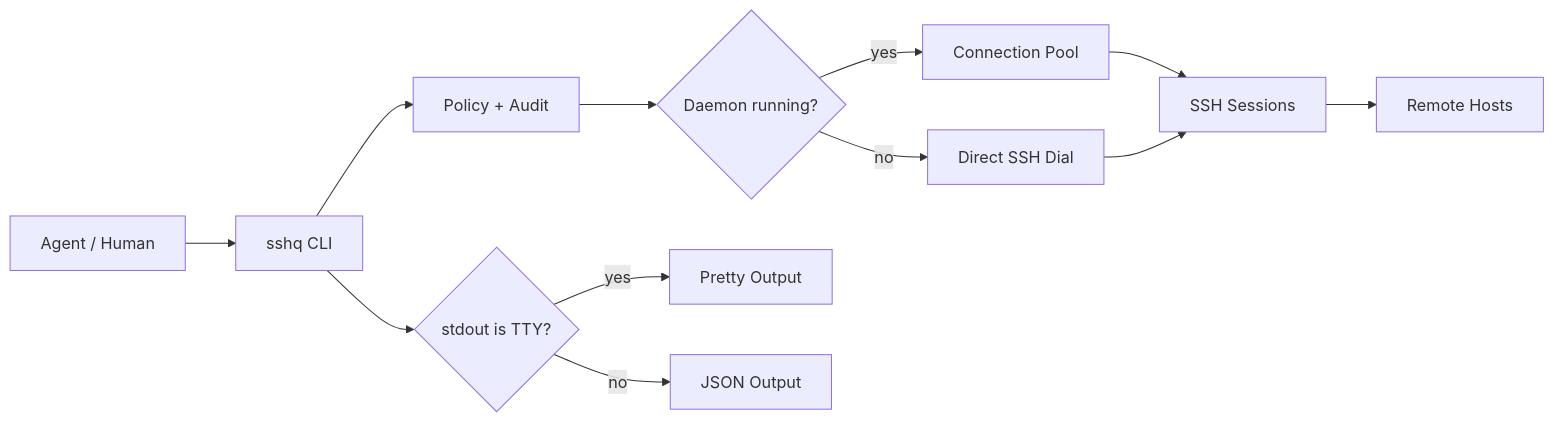
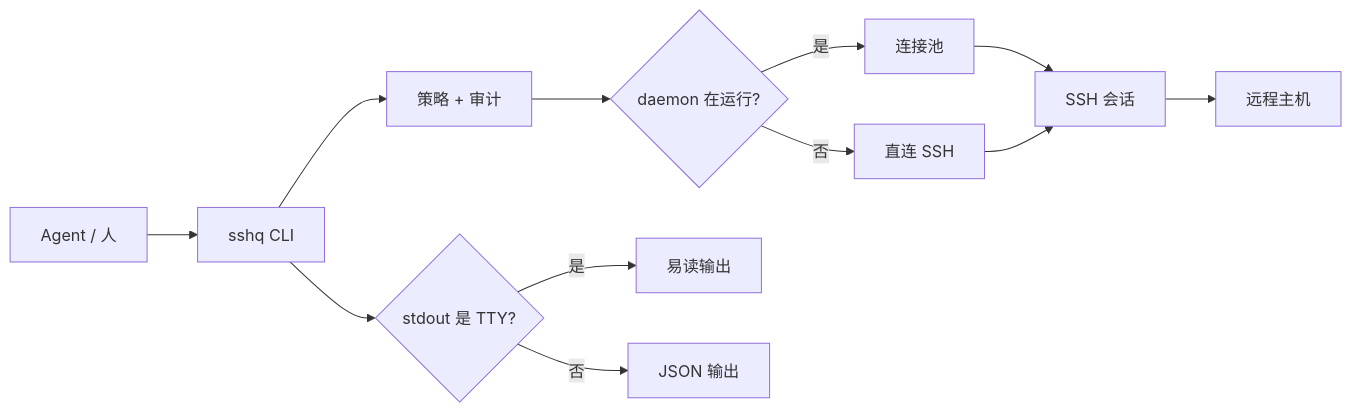
Before and after one commit to shayuc137/sshq: the diagram in README.zh-CN.md, drawn with Mermaid. The commit also changed other lines of this file and 1 other file, not shown here.

````diff
--- a/README.zh-CN.md
+++ b/README.zh-CN.md
@@ -281,15 +174,15 @@
 ```mermaid
 graph LR
-    A[Agent / Human] --> B[sshq CLI]
-    B --> P[Policy + Audit]
-    P --> C{Daemon running?}
-    C -->|yes| D[Connection Pool]
-    C -->|no| E[Direct SSH Dial]
-    D --> F[SSH Sessions]
+    A[Agent / 人] --> B[sshq CLI]
+    B --> P[策略 + 审计]
+    P --> C{daemon 在运行?}
+    C -->|是| D[连接池]
+    C -->|否| E[直连 SSH]
+    D --> F[SSH 会话]
     E --> F
-    F --> G[Remote Hosts]
+    F --> G[远程主机]
 
-    B --> H{stdout is TTY?}
-    H -->|yes| I[Pretty Output]
-    H -->|no| J[JSON Output]
+    B --> H{stdout 是 TTY?}
+    H -->|是| I[易读输出]
+    H -->|否| J[JSON 输出]
 ```
````
